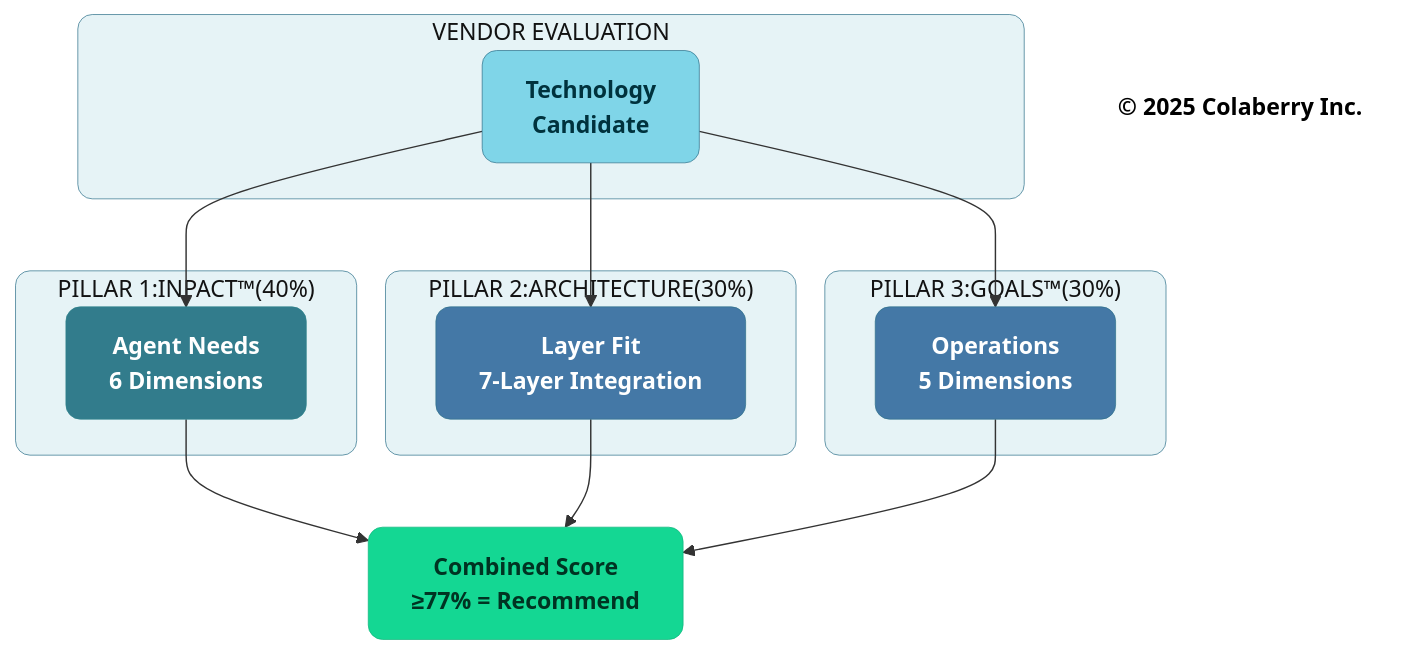
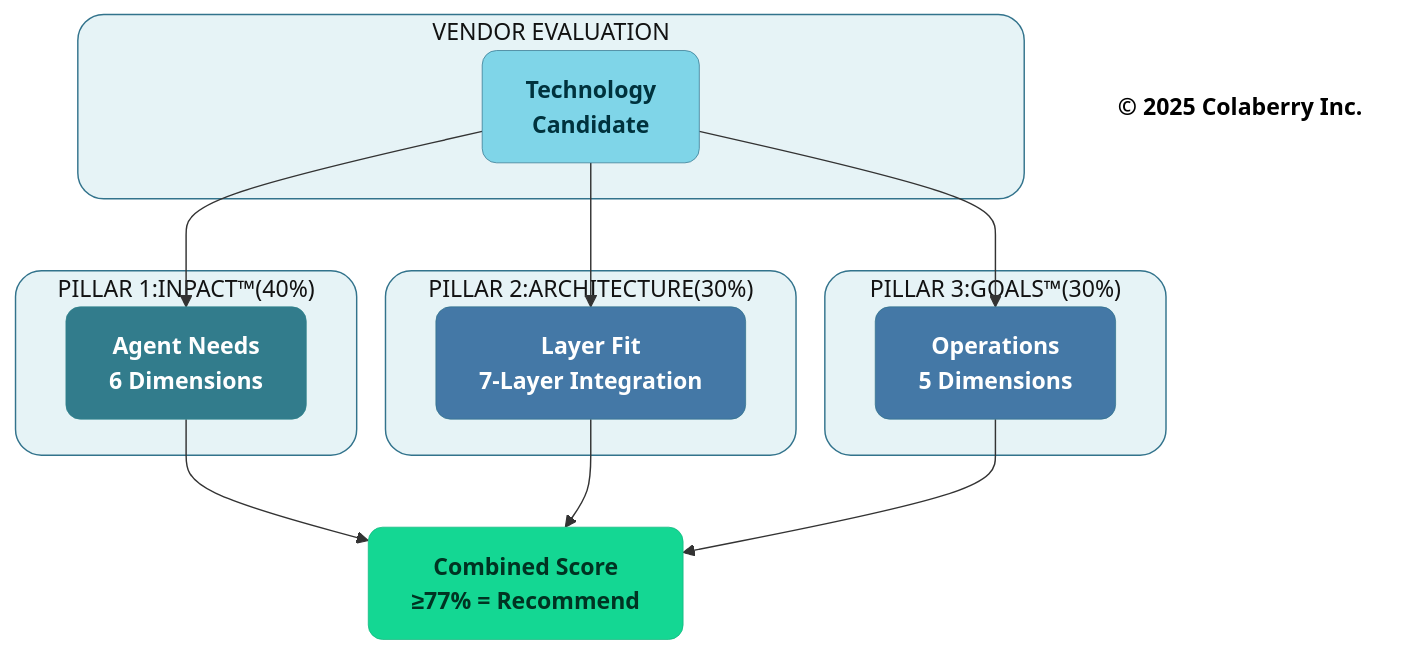
The second of 5 diagrams in manuscript/12_chapter_11_technology_selection_guide_v1_2.md (saitejesh-cyber/trust-before-intelligence-book), drawn with Mermaid before and after one commit. The commit also changed other lines of this file and 12 other files, not shown here.

````diff
--- a/manuscript/12_chapter_11_technology_selection_guide_v1_2.md
+++ b/manuscript/12_chapter_11_technology_selection_guide_v1_2.md
@@ -87,39 +87,39 @@
 ```mermaid
 graph TD
     subgraph VENDOR["VENDOR EVALUATION"]
         V["<b>Technology<br/>Candidate</b>"]
     end
     
     subgraph PILLAR1["PILLAR 1:INPACT™(40%)"]
         P1["<b>Agent Needs</b><br/><b>6 Dimensions</b>"]
     end
     
     subgraph PILLAR2["PILLAR 2:ARCHITECTURE(30%)"]
         P2["<b>Layer Fit</b><br/><b>7-Layer Integration</b>"]
     end
     
     subgraph PILLAR3["PILLAR 3:GOALS™(30%)"]
         P3["<b>Operations</b><br/><b>5 Dimensions</b>"]
     end
     
     V --> P1
     V --> P2
     V --> P3
     
     P1 --> SCORE["<b>Combined Score</b><br/><b>≥77% = Recommend</b>"]
     P2 --> SCORE
     P3 --> SCORE
     
     Copyright["<b>© 2025 Colaberry Inc.</b>"]
     
-    style VENDOR fill:#E6F3F6,stroke:#32738C,stroke-width:0.5px,color:#121212,rx:10,ry:10
-    style PILLAR1 fill:#E6F3F6,stroke:#32738C,stroke-width:0.5px,color:#121212,rx:10,ry:10
-    style PILLAR2 fill:#E6F3F6,stroke:#32738C,stroke-width:0.5px,color:#121212,rx:10,ry:10
-    style PILLAR3 fill:#E6F3F6,stroke:#32738C,stroke-width:0.5px,color:#121212,rx:10,ry:10
+    style VENDOR fill:#E6F3F6,stroke:#32738C,stroke-width:1px,color:#121212,rx:18,ry:18
+    style PILLAR1 fill:#E6F3F6,stroke:#32738C,stroke-width:1px,color:#121212,rx:18,ry:18
+    style PILLAR2 fill:#E6F3F6,stroke:#32738C,stroke-width:1px,color:#121212,rx:18,ry:18
+    style PILLAR3 fill:#E6F3F6,stroke:#32738C,stroke-width:1px,color:#121212,rx:18,ry:18
     style V fill:#7FD5E8,stroke:#32738C,stroke-width:0.5px,color:#00323D,rx:10,ry:10
     style P1 fill:#327C8C,stroke:#30838C,stroke-width:0.5px,color:#ffffff,rx:10,ry:10
     style P2 fill:#4478A6,stroke:#32738C,stroke-width:0.5px,color:#ffffff,rx:10,ry:10
     style P3 fill:#4478A6,stroke:#32738C,stroke-width:0.5px,color:#ffffff,rx:10,ry:10
     style SCORE fill:#14D793,stroke:#0FB67D,stroke-width:0.5px,color:#003322,rx:10,ry:10
     style Copyright fill:none,stroke:none,color:#000000
 ```
````
